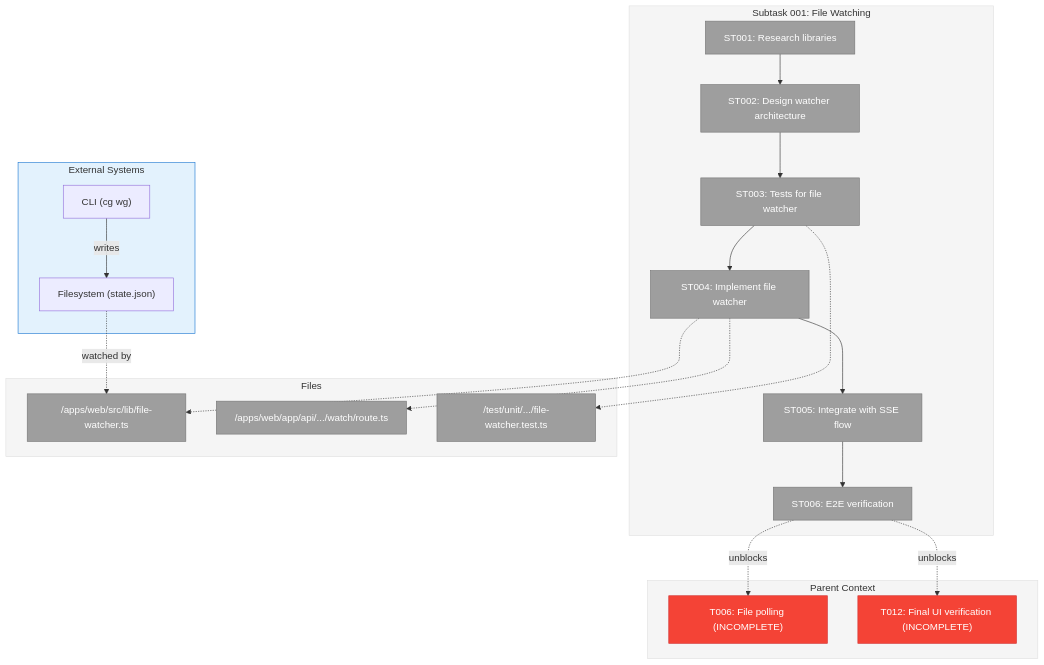
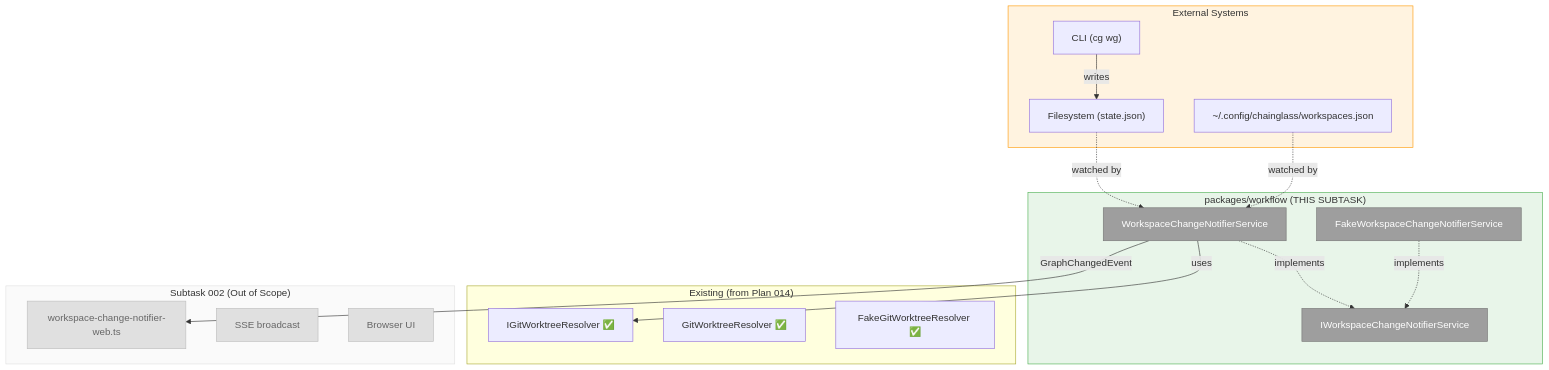
One commit to AI-Substrate/chainglass changed the first of 2 diagrams in docs/plans/022-workgraph-ui/tasks/phase-4-real-time-updates/001-subtask-file-watching-for-cli-changes.md. Above: the diagram before and after it, drawn with Mermaid. The commit also changed other lines of this file and 1 other file, not shown here.

First line of the commit message:
chore(plan): update subtask 001 file watching dossier

````diff
--- a/docs/plans/022-workgraph-ui/tasks/phase-4-real-time-updates/001-subtask-file-watching-for-cli-changes.md
+++ b/docs/plans/022-workgraph-ui/tasks/phase-4-real-time-updates/001-subtask-file-watching-for-cli-changes.md
@@ -148,51 +578,44 @@
 ```mermaid
 flowchart TD
     classDef pending fill:#9E9E9E,stroke:#757575,color:#fff
     classDef inprogress fill:#FF9800,stroke:#F57C00,color:#fff
     classDef completed fill:#4CAF50,stroke:#388E3C,color:#fff
-    classDef blocked fill:#F44336,stroke:#D32F2F,color:#fff
+    classDef outofscope fill:#E0E0E0,stroke:#BDBDBD,color:#666
 
-    style Parent fill:#F5F5F5,stroke:#E0E0E0
-    style Subtask fill:#F5F5F5,stroke:#E0E0E0
-    style Files fill:#F5F5F5,stroke:#E0E0E0
-    style External fill:#E3F2FD,stroke:#1976D2
-
-    subgraph Parent["Parent Context"]
-        T006["T006: File polling (INCOMPLETE)"]:::blocked
-        T012["T012: Final UI verification (INCOMPLETE)"]:::blocked
-    end
+    style External fill:#FFF3E0,stroke:#FF9800
+    style Service fill:#E8F5E9,stroke:#4CAF50
+    style OutOfScope fill:#FAFAFA,stroke:#E0E0E0
 
     subgraph External["External Systems"]
         CLI["CLI (cg wg)"]
         FS["Filesystem (state.json)"]
+        Registry["~/.config/chainglass/workspaces.json"]
         CLI -->|writes| FS
     end
 
-    subgraph Subtask["Subtask 001: File Watching"]
-        ST001["ST001: Research libraries"]:::pending
-        ST002["ST002: Design watcher architecture"]:::pending
-        ST003["ST003: Tests for file watcher"]:::pending
-        ST004["ST004: Implement file watcher"]:::pending
-        ST005["ST005: Integrate with SSE flow"]:::pending
-        ST006["ST006: E2E verification"]:::pending
-
-        ST001 --> ST002
-        ST002 --> ST003
-        ST003 --> ST004
-        ST004 --> ST005
-        ST005 --> ST006
+    subgraph Service["packages/workflow (THIS SUBTASK)"]
+        IWCN["IWorkspaceChangeNotifierService"]:::pending
+        WCNS["WorkspaceChangeNotifierService"]:::pending
+        FWCN["FakeWorkspaceChangeNotifierService"]:::pending
+        
+        WCNS -.->|implements| IWCN
+        FWCN -.->|implements| IWCN
     end
 
-    subgraph Files["Files"]
-        F1["/apps/web/src/lib/file-watcher.ts"]:::pending
-        F2["/apps/web/app/api/.../watch/route.ts"]:::pending
-        F3["/test/unit/.../file-watcher.test.ts"]:::pending
+    subgraph Existing["Existing (from Plan 014)"]
+        IGW["IGitWorktreeResolver ✅"]
+        GWR["GitWorktreeResolver ✅"]
+        FGW["FakeGitWorktreeResolver ✅"]
+        WCNS -->|uses| IGW
     end
 
-    FS -.->|watched by| F1
-    ST004 -.-> F1
-    ST004 -.-> F2
-    ST003 -.-> F3
-    ST006 -.->|unblocks| T006
-    ST006 -.->|unblocks| T012
+    subgraph OutOfScope["Subtask 002 (Out of Scope)"]
+        WebInt["workspace-change-notifier-web.ts"]:::outofscope
+        SSE["SSE broadcast"]:::outofscope
+        Browser["Browser UI"]:::outofscope
+    end
+
+    Registry -.->|watched by| WCNS
+    FS -.->|watched by| WCNS
+    WCNS -->|GraphChangedEvent| WebInt
 ```
````
